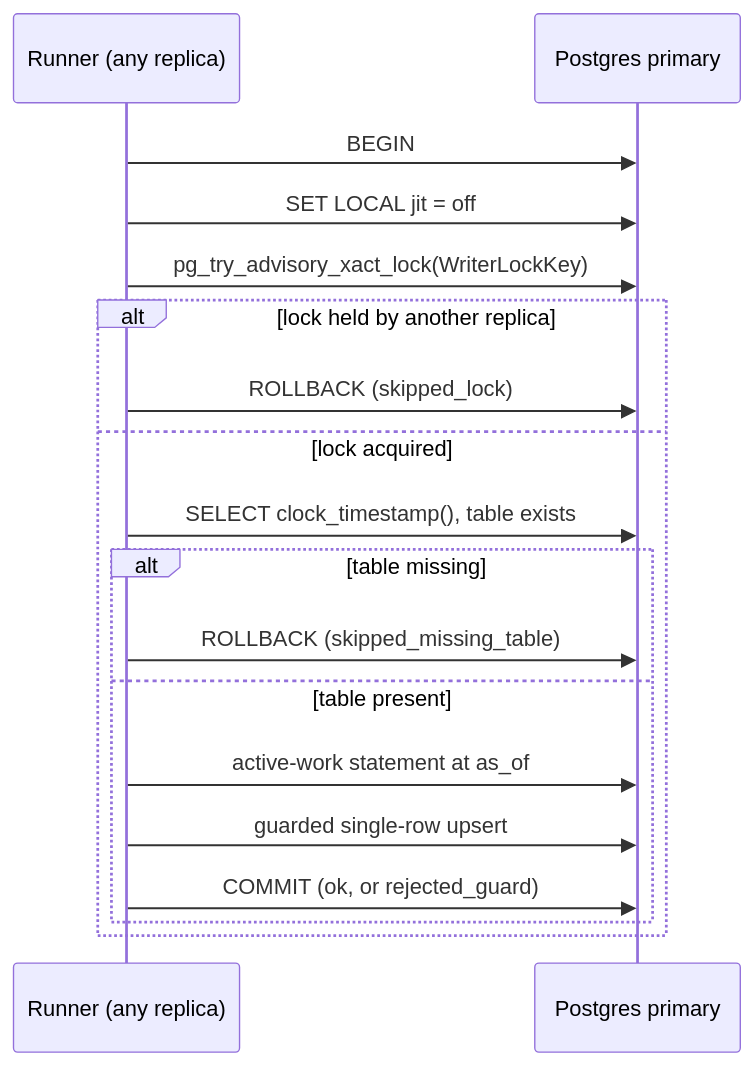
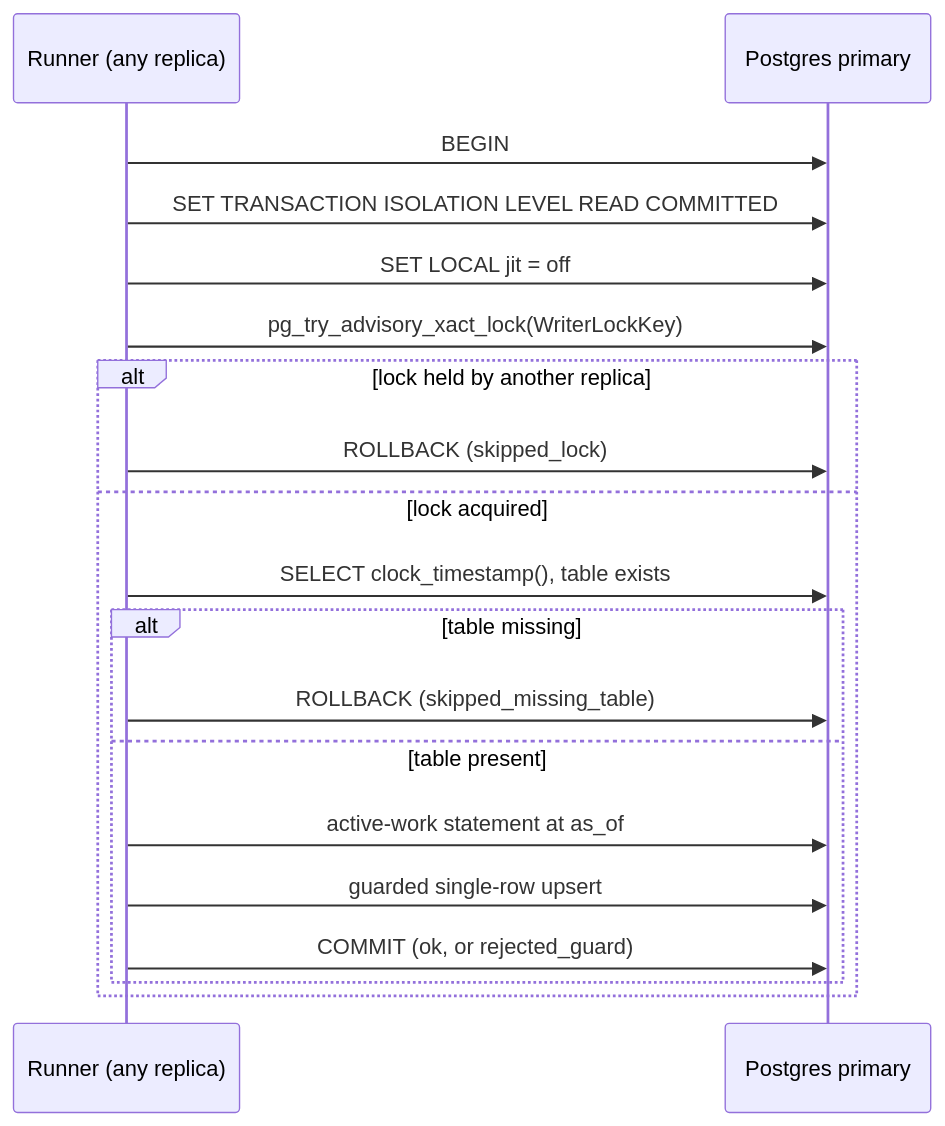
One commit to eshu-hq/eshu changed the diagram in go/internal/reducer/status/summary/README.md. Above: the diagram before and after it, drawn with Mermaid. The commit also changed other lines of this file and 11 other files, not shown here.

First line of the commit message:
reducer: pin the status summary writer pass to READ COMMITTED

````diff
--- a/go/internal/reducer/status/summary/README.md
+++ b/go/internal/reducer/status/summary/README.md
@@ -27,20 +27,21 @@
 ```mermaid
 sequenceDiagram
     participant R as Runner (any replica)
     participant P as Postgres primary
     R->>P: BEGIN
+    R->>P: SET TRANSACTION ISOLATION LEVEL READ COMMITTED
     R->>P: SET LOCAL jit = off
     R->>P: pg_try_advisory_xact_lock(WriterLockKey)
     alt lock held by another replica
         R->>P: ROLLBACK (skipped_lock)
     else lock acquired
         R->>P: SELECT clock_timestamp(), table exists
         alt table missing
             R->>P: ROLLBACK (skipped_missing_table)
         else table present
             R->>P: active-work statement at as_of
             R->>P: guarded single-row upsert
             R->>P: COMMIT (ok, or rejected_guard)
         end
     end
 ```
````
